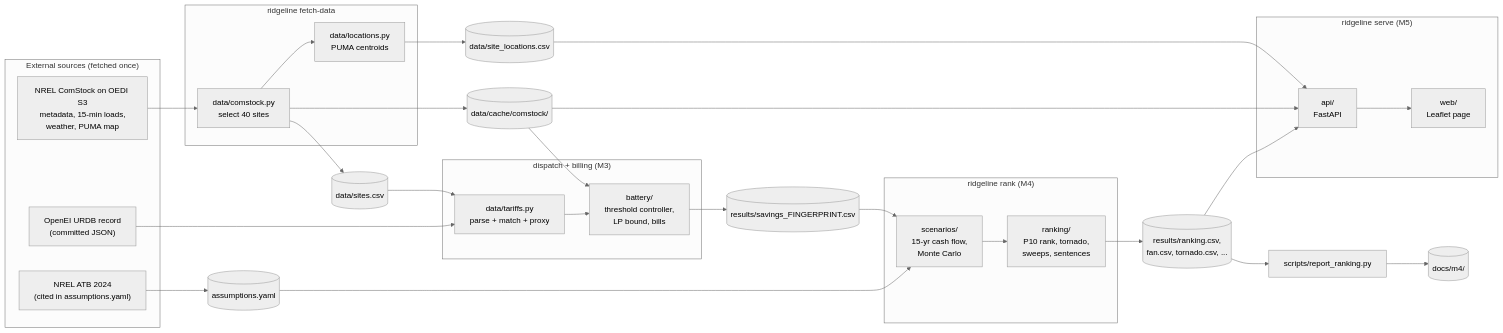
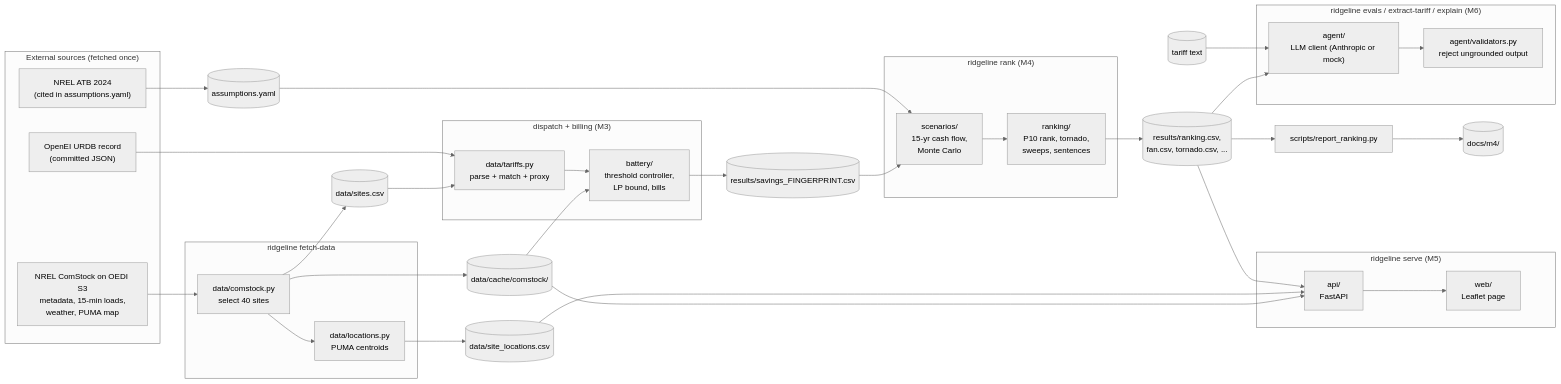
The first of 2 diagrams in docs/architecture.md (Lkumar209/Ridgeline), drawn with Mermaid (neutral theme) before and after one commit. The commit also changed other lines of this file and 6 other files, not shown here.

Commit message:
Docs for M6 and download retries: ADR-014/015, limitations, AI log, README, onboarding, architecture, handoff

````diff
--- a/docs/architecture.md
+++ b/docs/architecture.md
@@ -8,42 +8,50 @@
 ```mermaid
 flowchart LR
     subgraph sources["External sources (fetched once)"]
         OEDI["NREL ComStock on OEDI S3<br/>metadata, 15-min loads,<br/>weather, PUMA map"]
         URDB["OpenEI URDB record<br/>(committed JSON)"]
         ATB["NREL ATB 2024<br/>(cited in assumptions.yaml)"]
     end
 
     subgraph fetch["ridgeline fetch-data"]
         SEL["data/comstock.py<br/>select 40 sites"]
         LOC["data/locations.py<br/>PUMA centroids"]
     end
 
     subgraph simulate["dispatch + billing (M3)"]
         TAR["data/tariffs.py<br/>parse + match + proxy"]
         BAT["battery/<br/>threshold controller,<br/>LP bound, bills"]
     end
 
     subgraph rank["ridgeline rank (M4)"]
         MC["scenarios/<br/>15-yr cash flow,<br/>Monte Carlo"]
         RK["ranking/<br/>P10 rank, tornado,<br/>sweeps, sentences"]
     end
 
     subgraph serve["ridgeline serve (M5)"]
         API["api/<br/>FastAPI"]
         WEB["web/<br/>Leaflet page"]
     end
 
     OEDI --> SEL --> SITES[("data/sites.csv")]
     SEL --> LOADS[("data/cache/comstock/")]
     SEL --> LOC --> LOCS[("data/site_locations.csv")]
     URDB --> TAR
     SITES --> TAR --> BAT
     LOADS --> BAT --> SAV[("results/savings_FINGERPRINT.csv")]
     ATB --> ASM[("assumptions.yaml")] --> MC
     SAV --> MC --> RK --> RES[("results/ranking.csv,<br/>fan.csv, tornado.csv, ...")]
     RES --> REP["scripts/report_ranking.py"] --> DOCS[("docs/m4/")]
     RES --> API
     LOCS --> API
     LOADS --> API
     API --> WEB
+
+    subgraph agent["ridgeline evals / extract-tariff / explain (M6)"]
+        LLM["agent/<br/>LLM client (Anthropic or mock)"]
+        VAL["agent/validators.py<br/>reject ungrounded output"]
+    end
+    TXT[("tariff text")] --> LLM
+    RES --> LLM
+    LLM --> VAL
 ```
````
